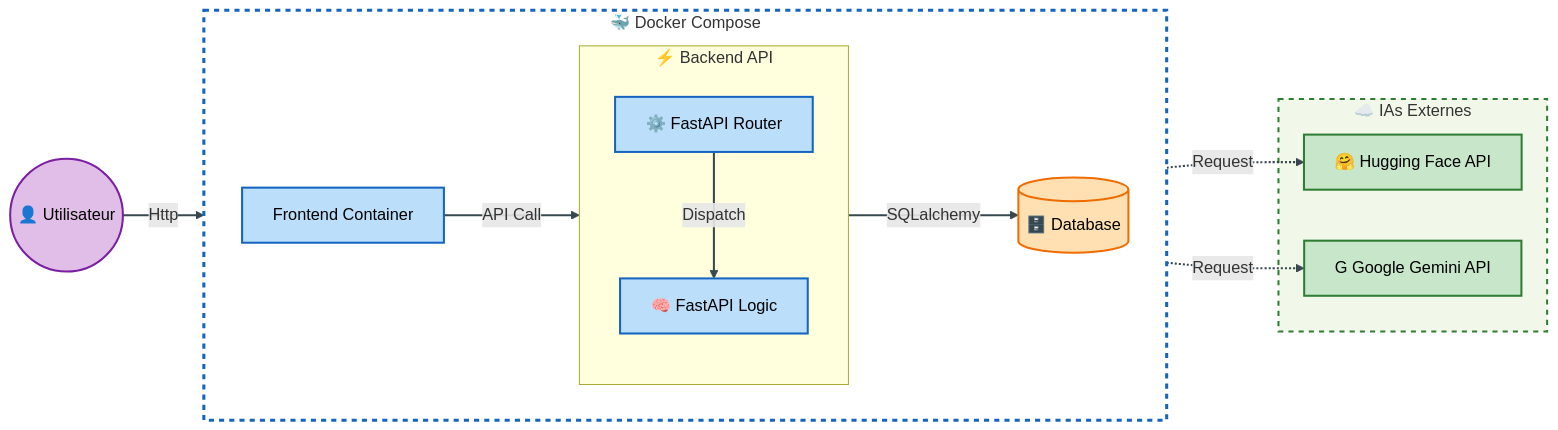
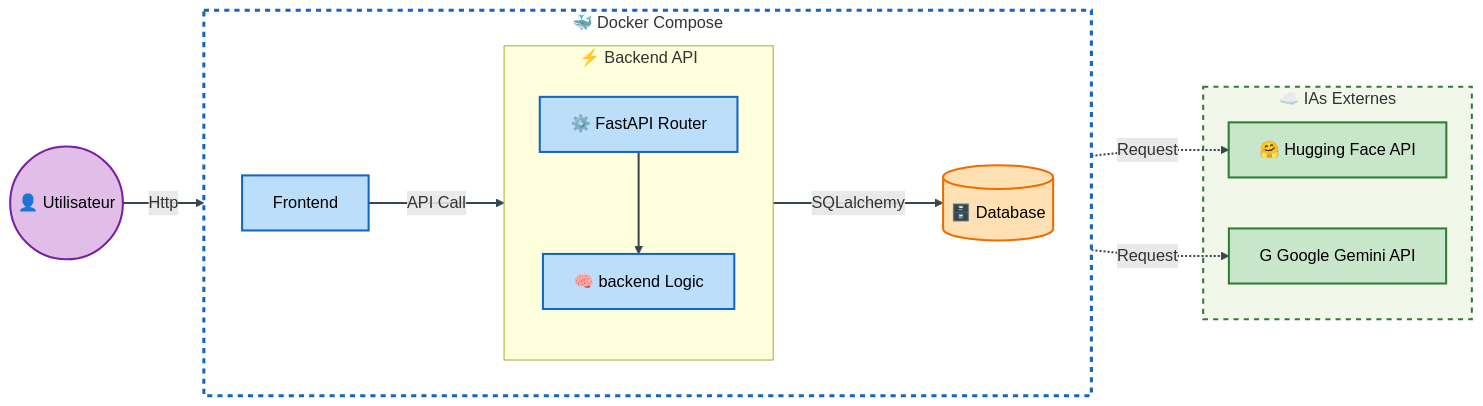
The first of 2 diagrams in Readme.md (khadija199904/Plateforme_Orchestration_IA_Backend), drawn with Mermaid before and after one commit.

Commit message:
modified:   Readme.md

````diff
--- a/Readme.md
+++ b/Readme.md
@@ -22,54 +22,54 @@
 ```mermaid
 graph LR
     %% --- DEFINITION DES COULEURS (Palette Claire et Visible) ---
     %% Bleu Ciel
     classDef docker fill:#BBDEFB,stroke:#1565C0,stroke-width:2px,color:#000;
     %% Violet
     classDef ext fill:#E1BEE7,stroke:#7B1FA2,stroke-width:2px,color:#000;
     %% Orange
     classDef db fill:#FFE0B2,stroke:#EF6C00,stroke-width:2px,color:#000;
     %% Vert
     classDef ai fill:#C8E6C9,stroke:#2E7D32,stroke-width:2px,color:#000;
 
     %% Style des flèches
     linkStyle default stroke:#37474F,stroke-width:2px;
 
     %% Acteur
     User((👤 Utilisateur)):::ext
 
     %% --- ZONE DOCKER COMPOSE ---
     %% Le texte entre crochets [] ci-dessous est celui qui s'affiche dans la zone
     subgraph DC [🐳 Docker Compose]
         direction LR
-        UI[ Frontend Container]:::docker
+        UI[ Frontend ]:::docker
         
         subgraph Backend [⚡ Backend API]
             direction TB
             Router[⚙️ FastAPI Router]:::docker
-            Logic[🧠 FastAPI Logic]:::docker
+            Logic[🧠 backend Logic]:::docker
         end
         
         DB[(🗄️ Database)]:::db
     end
 
     %% --- ZONE IAs EXTERNES ---
     subgraph AI_Services [☁️ IAs Externes]
         HF[🤗 Hugging Face API]:::ai
         GEM[G Google Gemini API]:::ai
     end
 
     %% --- CONNEXIONS ---
     User -->|Http| UI
     UI -->|API Call| Router
-    Router -->|Dispatch| Logic
+    Router --> Logic
     Logic -->|SQLalchemy| DB
     
     %% Connexions vers les IAs
     Logic -.->|Request| HF
     Logic -.->|Request| GEM
 
     %% Style du cadre (Fond blanc, bordure bleue pointillée)
     style DC fill:#FFFFFF,stroke:#1565C0,stroke-width:3px,stroke-dasharray: 5 5
     style AI_Services fill:#F1F8E9,stroke:#2E7D32,stroke-width:2px,stroke-dasharray: 5 5
 
 ```
````
